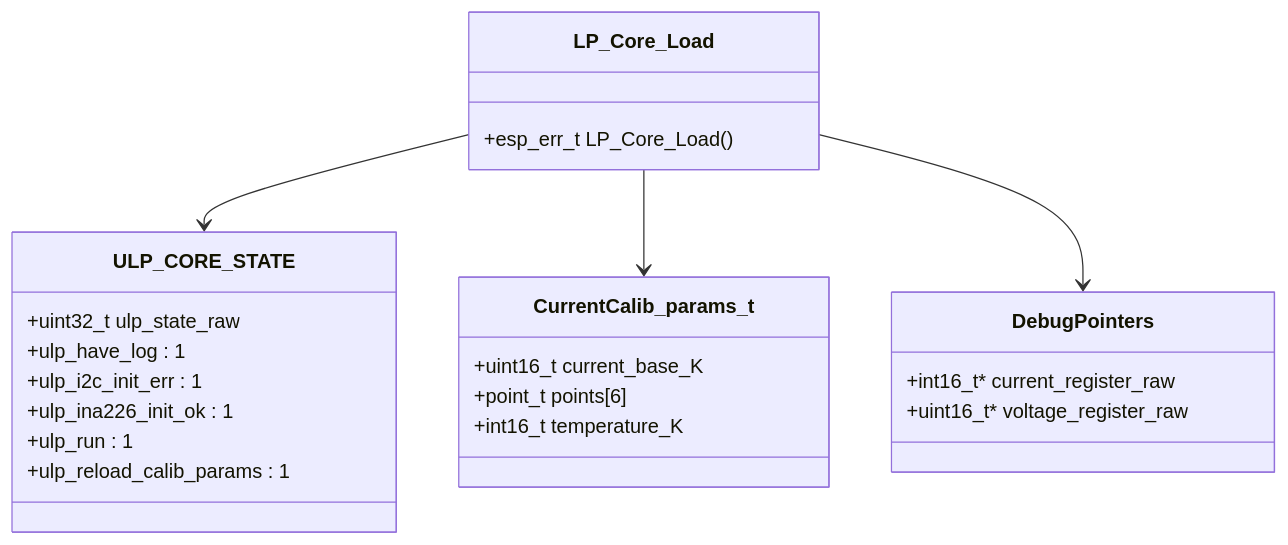
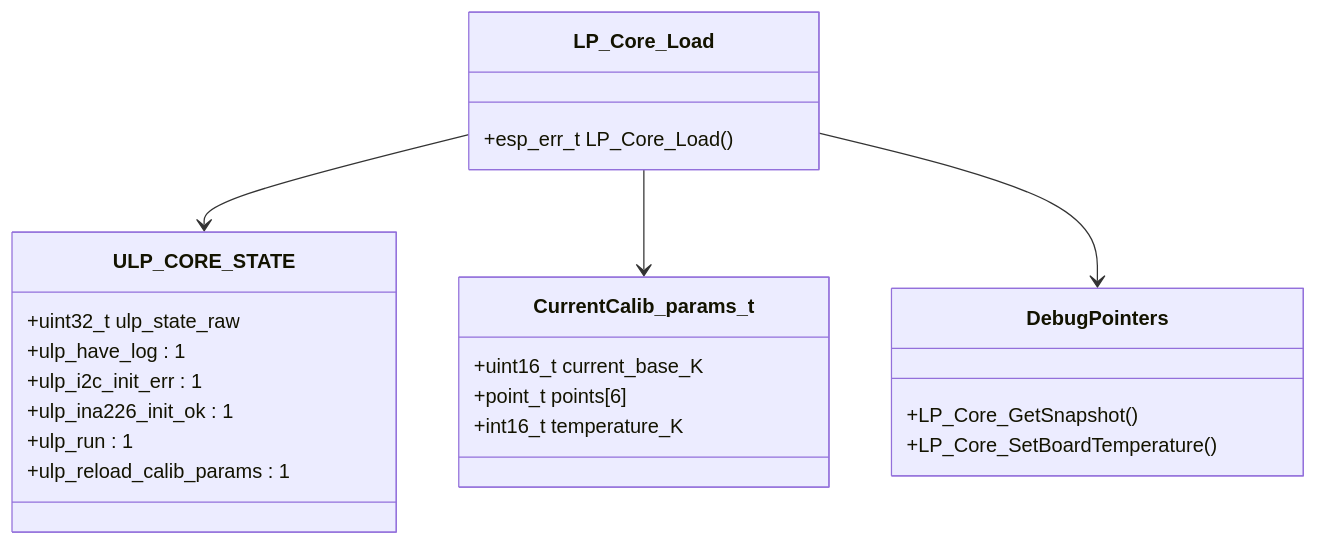
The third of 3 diagrams in main/ulp_loader/README.md (qingmeijiupiao/Wireless_power_meter_lite), drawn with Mermaid before and after one commit. The commit also changed other lines of this file and 19 other files, not shown here.

````diff
--- a/main/ulp_loader/README.md
+++ b/main/ulp_loader/README.md
@@ -56,26 +56,26 @@
 ```mermaid
 classDiagram
     class LP_Core_Load {
         +esp_err_t LP_Core_Load()
     }
     class ULP_CORE_STATE {
         +uint32_t ulp_state_raw
         +ulp_have_log : 1
         +ulp_i2c_init_err : 1
         +ulp_ina226_init_ok : 1
         +ulp_run : 1
         +ulp_reload_calib_params : 1
     }
     class CurrentCalib_params_t {
         +uint16_t current_base_K
         +point_t points[6]
         +int16_t temperature_K
     }
     class DebugPointers {
-        +int16_t* current_register_raw
-        +uint16_t* voltage_register_raw
+        +LP_Core_GetSnapshot()
+        +LP_Core_SetBoardTemperature()
     }
     LP_Core_Load --> ULP_CORE_STATE
     LP_Core_Load --> CurrentCalib_params_t
     LP_Core_Load --> DebugPointers
 ```
````
